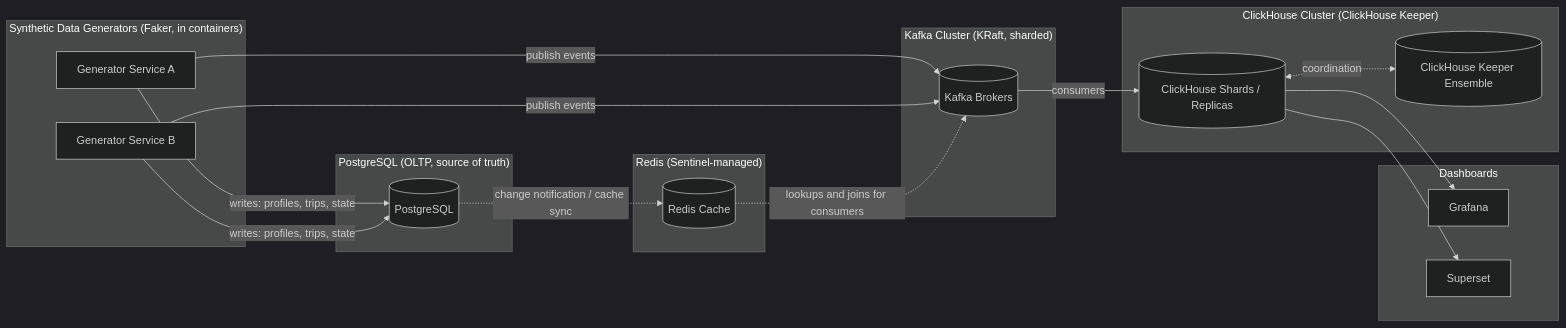
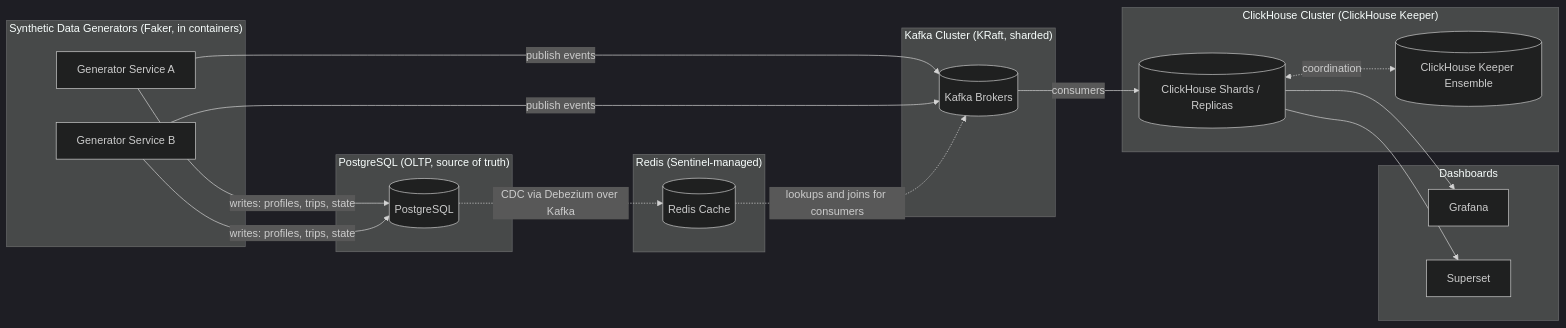
Before and after one commit to bahman-farhadian/Meanul-Data-Studio: the first of 7 diagrams in README.md, drawn with Mermaid (dark theme). The commit also changed other lines of this file and 1 other file, not shown here.

Commit message:
Close all design gaps: fares/surge, trip lifecycle, HAProxy PG entry, bootstrap marker, Kafka sizing, uv/Py3.13, 20GB VM budget

````diff
--- a/README.md
+++ b/README.md
@@ -47,43 +47,43 @@
 ```mermaid
 graph LR
     subgraph Generators ["Synthetic Data Generators (Faker, in containers)"]
         G1["Generator Service A"]
         G2["Generator Service B"]
     end
 
     subgraph OLTP ["PostgreSQL (OLTP, source of truth)"]
         PG[("PostgreSQL")]
     end
 
     subgraph Cache ["Redis (Sentinel-managed)"]
         R[("Redis Cache")]
     end
 
     subgraph Streaming ["Kafka Cluster (KRaft, sharded)"]
         K[("Kafka Brokers")]
     end
 
     subgraph OLAP ["ClickHouse Cluster (ClickHouse Keeper)"]
         CH[("ClickHouse Shards / Replicas")]
         KE[("ClickHouse Keeper Ensemble")]
     end
 
     subgraph Dashboards ["Dashboards"]
         GF["Grafana"]
         SS["Superset"]
     end
 
     G1 -->|"writes: profiles, trips, state"| PG
     G2 -->|"writes: profiles, trips, state"| PG
-    PG -.->|"change notification / cache sync"| R
+    PG -.->|"CDC via Debezium over Kafka"| R
 
     G1 -->|"publish events"| K
     G2 -->|"publish events"| K
 
     R -.->|"lookups and joins for consumers"| K
     K -->|"consumers"| CH
 
     CH <-.->|"coordination"| KE
     CH --> GF
     CH --> SS
 ```
````
